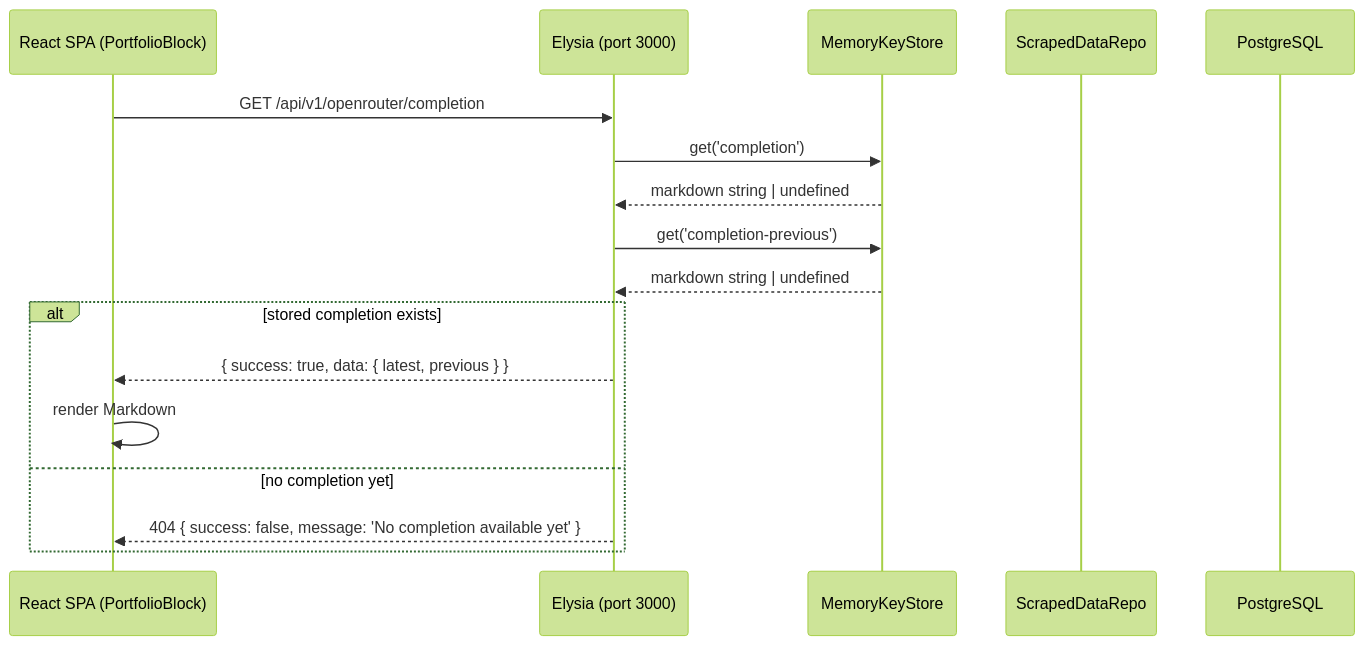
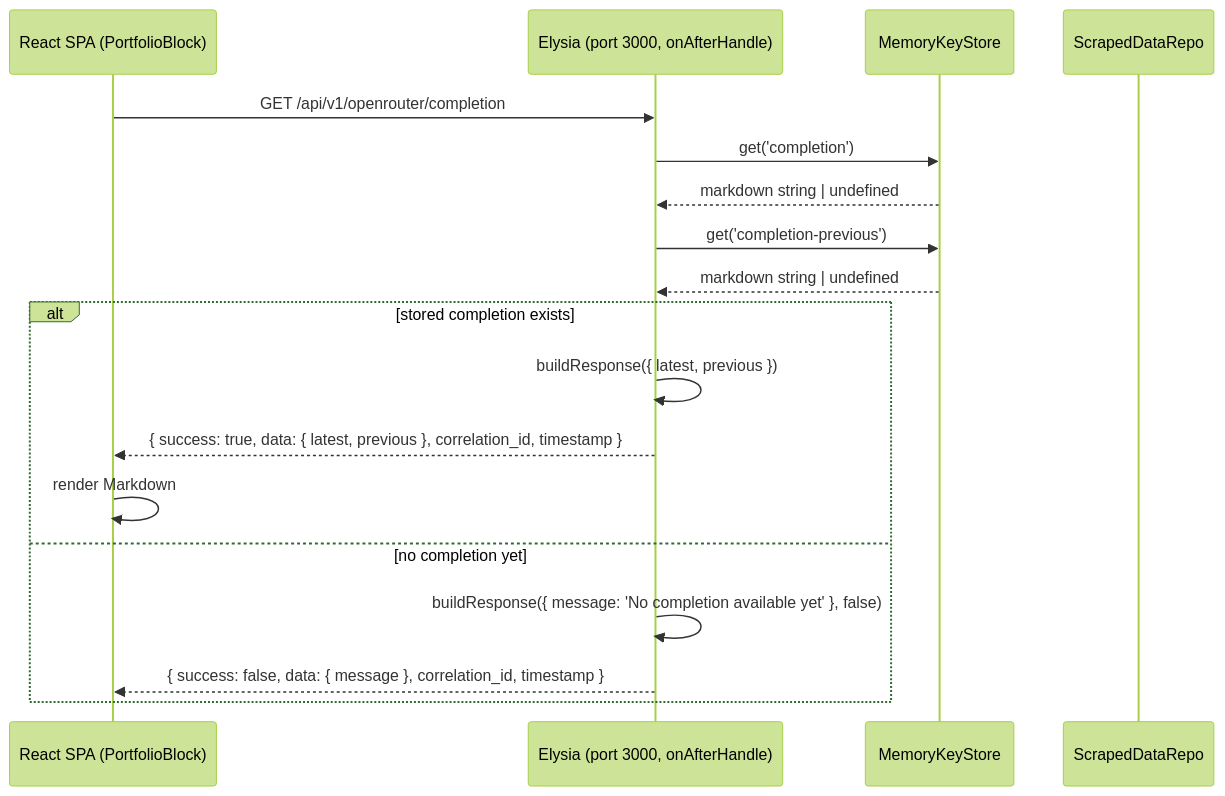
One commit to GabrielTenma/apollo-bun changed the seventh of 8 diagrams in DESIGN.md. Above: the diagram before and after it, drawn with Mermaid (forest theme). The commit also changed other lines of this file and 6 other files, not shown here.

````diff
--- a/DESIGN.md
+++ b/DESIGN.md
@@ -294,21 +348,22 @@
 ```mermaid
 sequenceDiagram
     participant React as React SPA (PortfolioBlock)
-    participant App as Elysia (port 3000)
+    participant App as Elysia (port 3000, onAfterHandle)
     participant Store as MemoryKeyStore
     participant Repo as ScrapedDataRepo
-    participant DB as PostgreSQL
 
     React->>App: GET /api/v1/openrouter/completion
     App->>Store: get('completion')
     Store-->>App: markdown string | undefined
     App->>Store: get('completion-previous')
     Store-->>App: markdown string | undefined
 
     alt stored completion exists
-        App-->>React: { success: true, data: { latest, previous } }
+        App->>App: buildResponse({ latest, previous })
+        App-->>React: { success: true, data: { latest, previous }, correlation_id, timestamp }
         React->>React: render Markdown
     else no completion yet
-        App-->>React: 404 { success: false, message: 'No completion available yet' }
+        App->>App: buildResponse({ message: 'No completion available yet' }, false)
+        App-->>React: { success: false, data: { message }, correlation_id, timestamp }
     end
 ```
````
